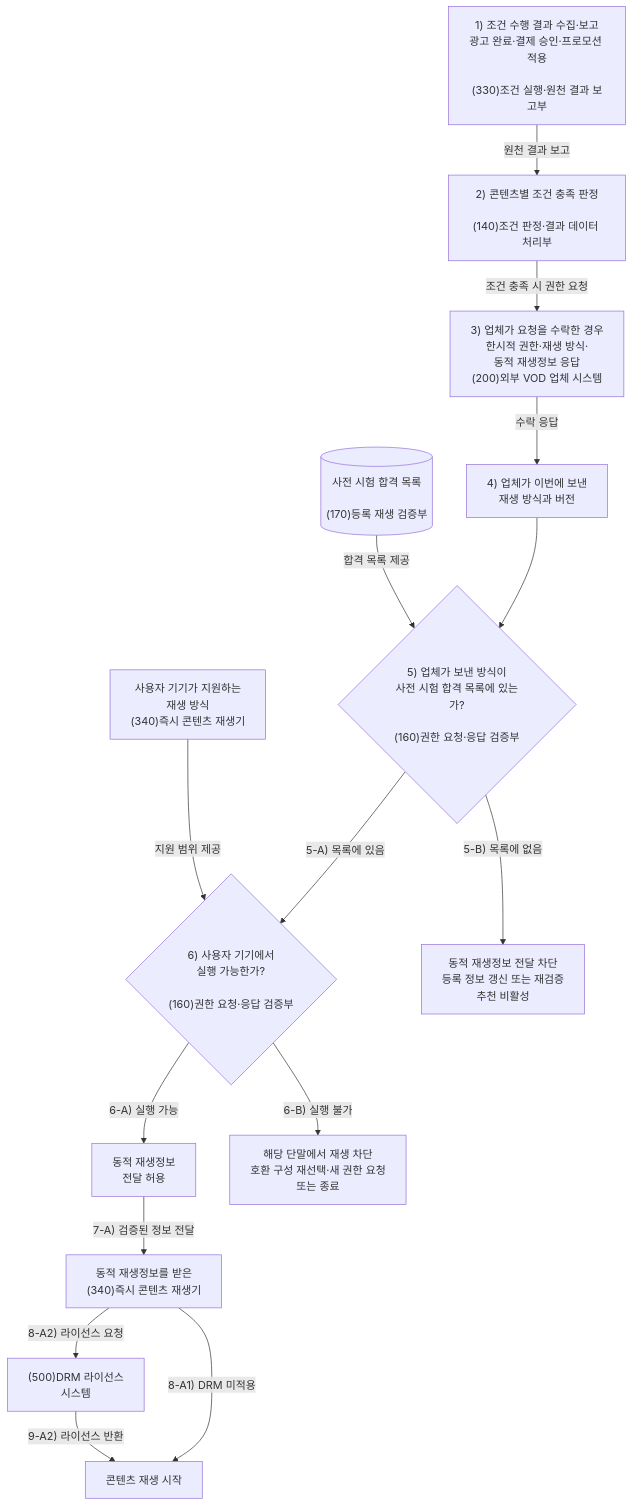
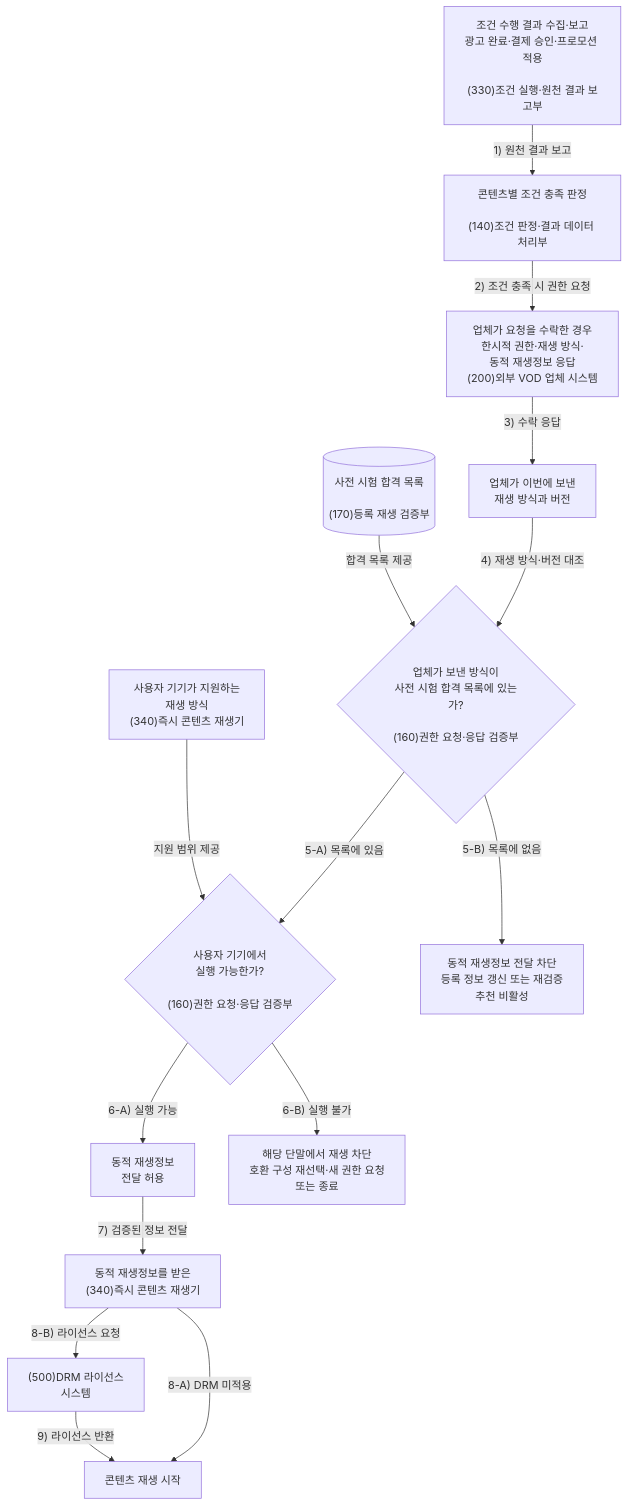
The fourth of 11 diagrams in instant_play_직무발명서_가독성개선본.md (growdai1y/instant-play), drawn with Mermaid before and after one commit. The commit also changed 1 other file, not shown here.

Commit message:
Move Mermaid sequence numbers to arrows

````diff
--- a/instant_play_직무발명서_가독성개선본.md
+++ b/instant_play_직무발명서_가독성개선본.md
@@ -259,32 +259,32 @@
 ```mermaid
 flowchart TB
-    SOURCE330["1) 조건 수행 결과 수집·보고<br/>광고 완료·결제 승인·프로모션 적용<br/><br/>(330)조건 실행·원천 결과 보고부"]
-    DECISION140["2) 콘텐츠별 조건 충족 판정<br/><br/>(140)조건 판정·결과 데이터 처리부"]
-    PROVIDER200["3) 업체가 요청을 수락한 경우<br/>한시적 권한·재생 방식·<br/>동적 재생정보 응답<br/>(200)외부 VOD 업체 시스템"]
-    CONFIG200["4) 업체가 이번에 보낸<br/>재생 방식과 버전"]
+    SOURCE330["조건 수행 결과 수집·보고<br/>광고 완료·결제 승인·프로모션 적용<br/><br/>(330)조건 실행·원천 결과 보고부"]
+    DECISION140["콘텐츠별 조건 충족 판정<br/><br/>(140)조건 판정·결과 데이터 처리부"]
+    PROVIDER200["업체가 요청을 수락한 경우<br/>한시적 권한·재생 방식·<br/>동적 재생정보 응답<br/>(200)외부 VOD 업체 시스템"]
+    CONFIG200["업체가 이번에 보낸<br/>재생 방식과 버전"]
     VERIFIED170[("사전 시험 합격 목록<br/><br/>(170)등록 재생 검증부")]
-    CHECK_VERIFIED{"5) 업체가 보낸 방식이<br/>사전 시험 합격 목록에 있는가?<br/><br/>(160)권한 요청·응답 검증부"}
+    CHECK_VERIFIED{"업체가 보낸 방식이<br/>사전 시험 합격 목록에 있는가?<br/><br/>(160)권한 요청·응답 검증부"}
     CAPABILITY340["사용자 기기가 지원하는<br/>재생 방식<br/>(340)즉시 콘텐츠 재생기"]
-    CHECK_DEVICE{"6) 사용자 기기에서<br/>실행 가능한가?<br/><br/>(160)권한 요청·응답 검증부"}
+    CHECK_DEVICE{"사용자 기기에서<br/>실행 가능한가?<br/><br/>(160)권한 요청·응답 검증부"}
     DELIVER["동적 재생정보<br/>전달 허용"]
     PLAYER340["동적 재생정보를 받은<br/>(340)즉시 콘텐츠 재생기"]
     DRM["(500)DRM 라이선스<br/>시스템"]
     PLAY["콘텐츠 재생 시작"]
     CONFIG_BLOCK["동적 재생정보 전달 차단<br/>등록 정보 갱신 또는 재검증<br/>추천 비활성"]
     DEVICE_BLOCK["해당 단말에서 재생 차단<br/>호환 구성 재선택·새 권한 요청<br/>또는 종료"]
 
-    SOURCE330 -->|"원천 결과 보고"| DECISION140
-    DECISION140 -->|"조건 충족 시 권한 요청"| PROVIDER200
-    PROVIDER200 -->|"수락 응답"| CONFIG200
-    CONFIG200 --> CHECK_VERIFIED
+    SOURCE330 -->|"1) 원천 결과 보고"| DECISION140
+    DECISION140 -->|"2) 조건 충족 시 권한 요청"| PROVIDER200
+    PROVIDER200 -->|"3) 수락 응답"| CONFIG200
+    CONFIG200 -->|"4) 재생 방식·버전 대조"| CHECK_VERIFIED
     VERIFIED170 -->|"합격 목록 제공"| CHECK_VERIFIED
     CHECK_VERIFIED -->|"5-A) 목록에 있음"| CHECK_DEVICE
     CHECK_VERIFIED -->|"5-B) 목록에 없음"| CONFIG_BLOCK
     CAPABILITY340 -->|"지원 범위 제공"| CHECK_DEVICE
     CHECK_DEVICE -->|"6-A) 실행 가능"| DELIVER
     CHECK_DEVICE -->|"6-B) 실행 불가"| DEVICE_BLOCK
-    DELIVER -->|"7-A) 검증된 정보 전달"| PLAYER340
-    PLAYER340 -->|"8-A1) DRM 미적용"| PLAY
-    PLAYER340 -->|"8-A2) 라이선스 요청"| DRM
-    DRM -->|"9-A2) 라이선스 반환"| PLAY
+    DELIVER -->|"7) 검증된 정보 전달"| PLAYER340
+    PLAYER340 -->|"8-A) DRM 미적용"| PLAY
+    PLAYER340 -->|"8-B) 라이선스 요청"| DRM
+    DRM -->|"9) 라이선스 반환"| PLAY
 ```
````
